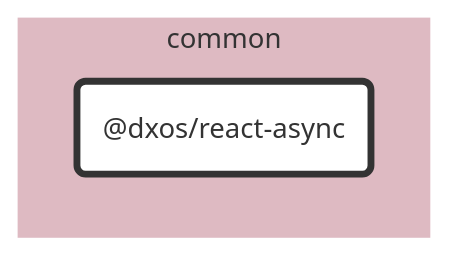
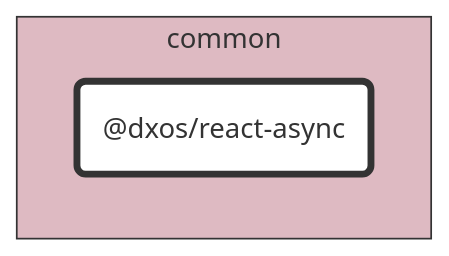
Before and after one commit to dxos/dxos: the diagram in packages/common/react-async/docs/README.md, drawn with Mermaid. The commit also changed 89 other files, not shown here.

````diff
--- a/packages/common/react-async/docs/README.md
+++ b/packages/common/react-async/docs/README.md
@@ -7,20 +7,20 @@
 ```mermaid
 %%{ init: {'flowchart':{'curve':'basis'}} }%%
 
 flowchart LR
 
 %% Classes
 classDef def fill:#fff,stroke:#333,stroke-width:1px
 classDef root fill:#fff,stroke:#333,stroke-width:4px
 
 %% Nodes
 
 subgraph common [common]
-  style common fill:#debac2,stroke:#fff
+  style common fill:#debac2,stroke:#333
   dxos/react-async("@dxos/react-async"):::root
   click dxos/react-async "dxos/dxos/tree/main/packages/common/react-async/docs"
 end
 
 %% Links
 linkStyle default stroke:#333,stroke-width:1px
 ```
````
